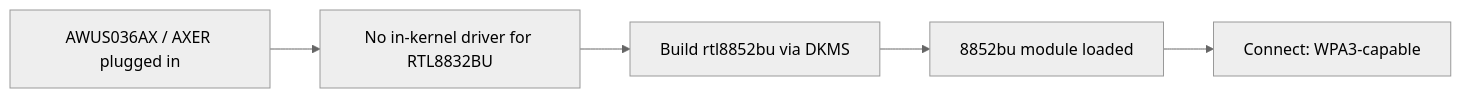
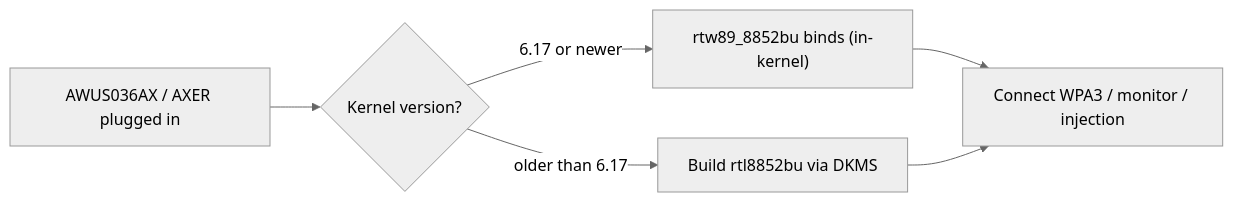
Before and after one commit to yopitek/yupitek-wiki: the diagram in docs/01-alfa-network/drivers/rtl8832bu/index.md, drawn with Mermaid (neutral theme). The commit also changed other lines of this file and 108 other files, not shown here.

````diff
--- a/docs/01-alfa-network/drivers/rtl8832bu/index.md
+++ b/docs/01-alfa-network/drivers/rtl8832bu/index.md
@@ -22,7 +30,8 @@
 ```mermaid
 flowchart LR
-    A["AWUS036AX / AXER plugged in"] --> B["No in-kernel driver for RTL8832BU"]
-    B --> C["Build rtl8852bu via DKMS"]
-    C --> D["8852bu module loaded"]
-    D --> E["Connect: WPA3-capable"]
+    A["AWUS036AX / AXER plugged in"] --> B{"Kernel version?"}
+    B -->|"6.17 or newer"| C["rtw89_8852bu binds (in-kernel)"]
+    B -->|"older than 6.17"| D["Build rtl8852bu via DKMS"]
+    C --> E["Connect WPA3 / monitor / injection"]
+    D --> E
 ```
````
